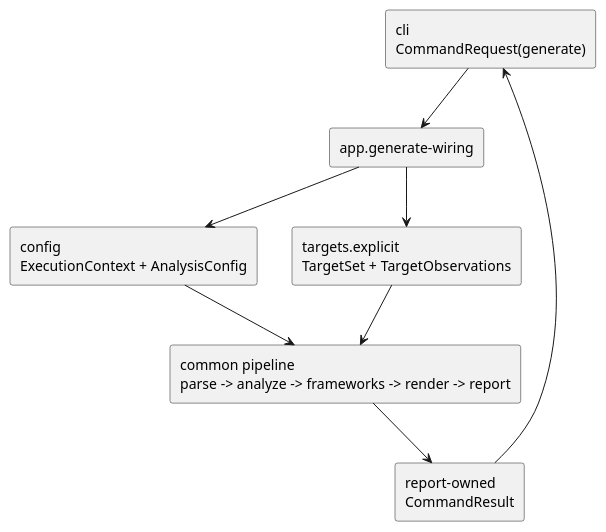
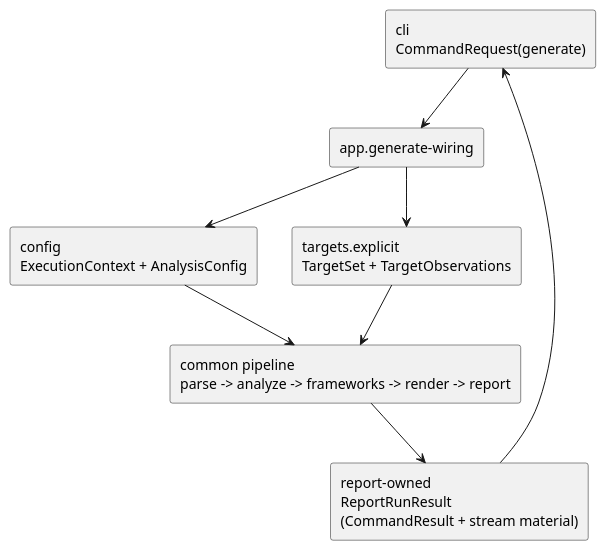
One commit to chemitaro/pyclassuml changed the diagram in spec-dock/initiatives/init-00001-pyclassuml-prototype/epics/epic-00005-e2e-command-wiring/issues/iss-00020-app-generate-wiring/design.md. Above: the diagram before and after it, drawn with PlantUML. The commit also changed other lines of this file and 4 other files, not shown here.

````diff
--- a/spec-dock/initiatives/init-00001-pyclassuml-prototype/epics/epic-00005-e2e-command-wiring/issues/iss-00020-app-generate-wiring/design.md
+++ b/spec-dock/initiatives/init-00001-pyclassuml-prototype/epics/epic-00005-e2e-command-wiring/issues/iss-00020-app-generate-wiring/design.md
@@ -37,20 +37,20 @@
 ```plantuml
 @startuml
 top to bottom direction
 
 rectangle "cli\nCommandRequest(generate)" as cli
 rectangle "app.generate-wiring" as app
 rectangle "config\nExecutionContext + AnalysisConfig" as config
 rectangle "targets.explicit\nTargetSet + TargetObservations" as targets
 rectangle "common pipeline\nparse -> analyze -> frameworks -> render -> report" as common
-rectangle "report-owned\nCommandResult" as result
+rectangle "report-owned\nReportRunResult\n(CommandResult + stream material)" as result
 
 cli --> app
 app --> config
 app --> targets
 targets --> common
 config --> common
 common --> result
 result --> cli
 @enduml
 ```
````
